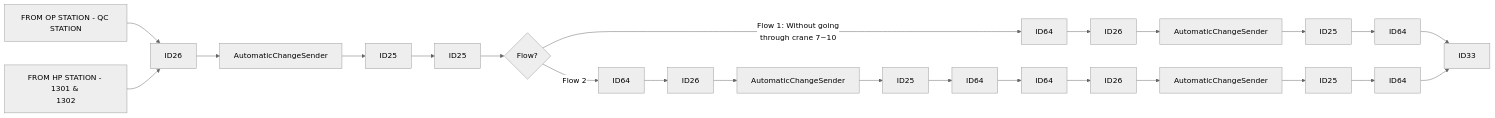
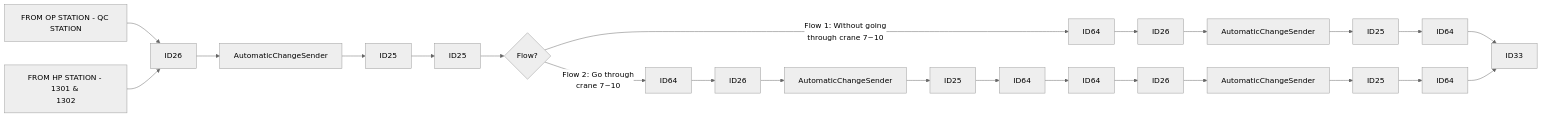
One commit to luthfiadityaa/SimeDarby-Wiki changed the diagram in Basic-Design/DFD-WMS/Storage/Unplanned-Storage.md. Above: the diagram before and after it, drawn with Mermaid (neutral theme).

Commit message:
Updated Unplanned Storage

```diff
--- a/Basic-Design/DFD-WMS/Storage/Unplanned-Storage.md
+++ b/Basic-Design/DFD-WMS/Storage/Unplanned-Storage.md
@@ -5,17 +5,18 @@
 ::: mermaid
 flowchart LR
   
 P1[FROM OP STATION - QC STATION]-->P2[ID26]-->P3[AutomaticChangeSender]-->P4[ID25]-->P7[ID25]
 P7[ID25]-->Cond1{Flow?} 
 Cond1 --> |Flow 1: Without going 
 through crane 7~10| P8[ID64]
-Cond1 --> |Flow 2| P9[ID64]
+Cond1 --> |Flow 2: Go through 
+crane 7~10| P9[ID64]
 P8[ID64]-->P10[ID26]-->P11[AutomaticChangeSender]-->P12[ID25]-->P13[ID64]
 P9[ID64]-->P15[ID26]-->P16[AutomaticChangeSender]-->P17[ID25]-->P18[ID64]-->P19[ID64]-->P20[ID26]-->P21[AutomaticChangeSender]-->P22[ID25]-->P23[ID64]
 
 P24[FROM HP STATION - 1301 & 
 1302]-->P2[ID26]
 
 P13[ID64]-->P14[ID33]
 P23[ID64]-->P14[ID33]
 :::
```
